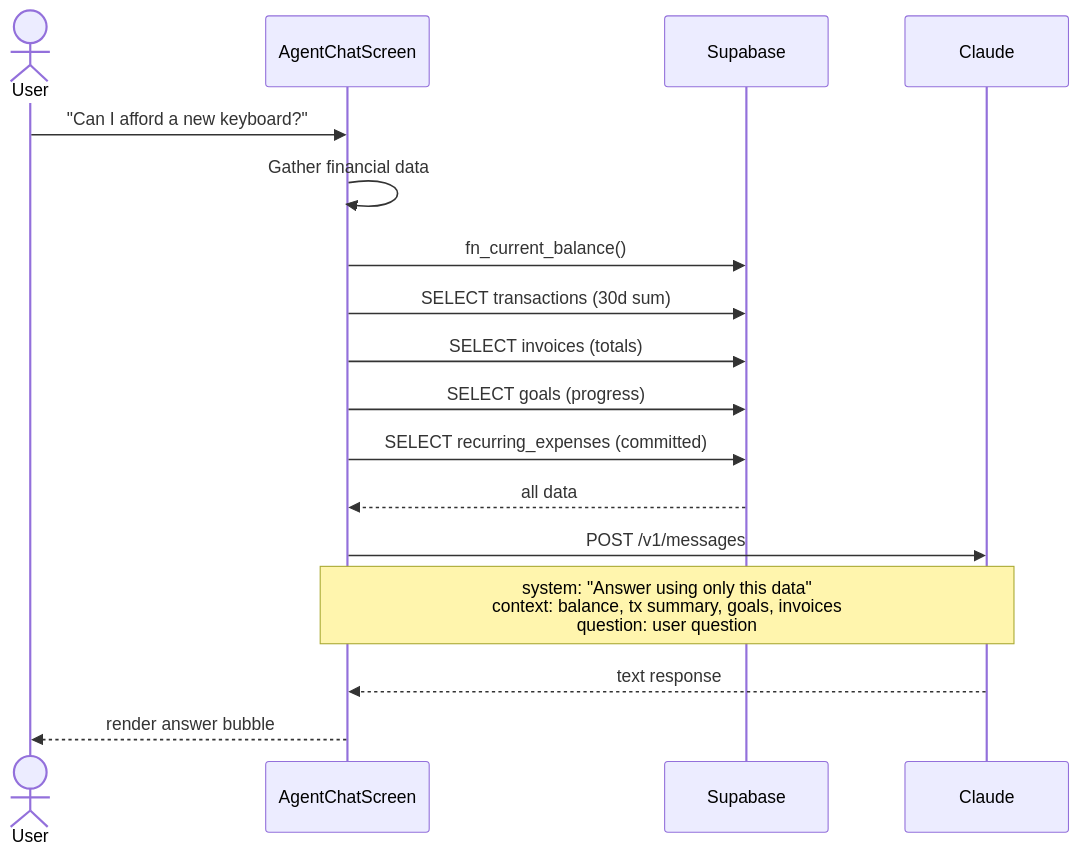
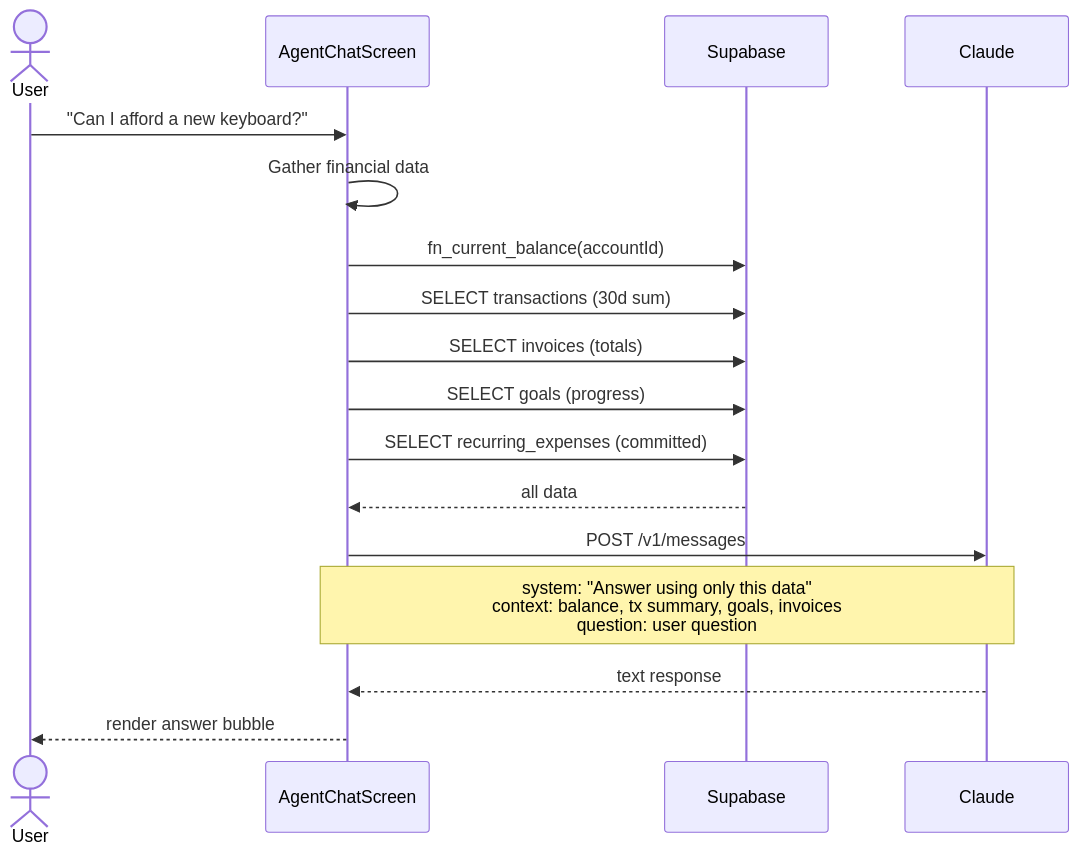
The fifth of 7 diagrams in docs/ARCHITECTURE.md (maybemnv/Financial-Tracker), drawn with Mermaid before and after one commit. The commit also changed 1 other file, not shown here.

Commit message:
fIX THE DDOCS

````diff
--- a/docs/ARCHITECTURE.md
+++ b/docs/ARCHITECTURE.md
@@ -168,21 +168,21 @@
 ```mermaid
 sequenceDiagram
     actor User
     participant App as AgentChatScreen
     participant Supabase
     participant Claude
 
     User->>App: "Can I afford a new keyboard?"
     App->>App: Gather financial data
-    App->>Supabase: fn_current_balance()
+    App->>Supabase: fn_current_balance(accountId)
     App->>Supabase: SELECT transactions (30d sum)
     App->>Supabase: SELECT invoices (totals)
     App->>Supabase: SELECT goals (progress)
     App->>Supabase: SELECT recurring_expenses (committed)
     Supabase-->>App: all data
 
     App->>Claude: POST /v1/messages
     Note over App,Claude: system: "Answer using only this data"<br/>context: balance, tx summary, goals, invoices<br/>question: user question
     Claude-->>App: text response
     App-->>User: render answer bubble
 ```
````
